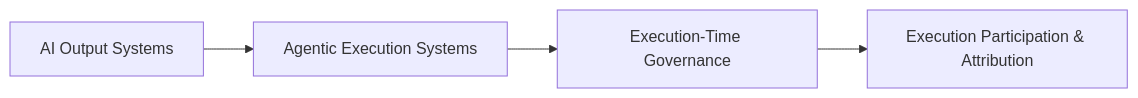
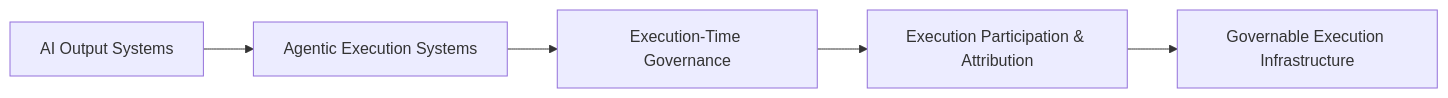
One commit to caralislabs/TextFind changed the second of 2 diagrams in textfind-rfcs/README.md. Above: the diagram before and after it, drawn with Mermaid. The commit also changed other lines of this file and 1 other file, not shown here.

Commit message:
extend RFC series with TF-RFC-0008 Governable Execution Infrastructure

````diff
--- a/textfind-rfcs/README.md
+++ b/textfind-rfcs/README.md
@@ -129,6 +144,7 @@
 ```mermaid
 flowchart LR
     A[AI Output Systems] --> B[Agentic Execution Systems]
     B --> C[Execution-Time Governance]
     C --> D[Execution Participation & Attribution]
+    D --> E[Governable Execution Infrastructure]
 ```
````
